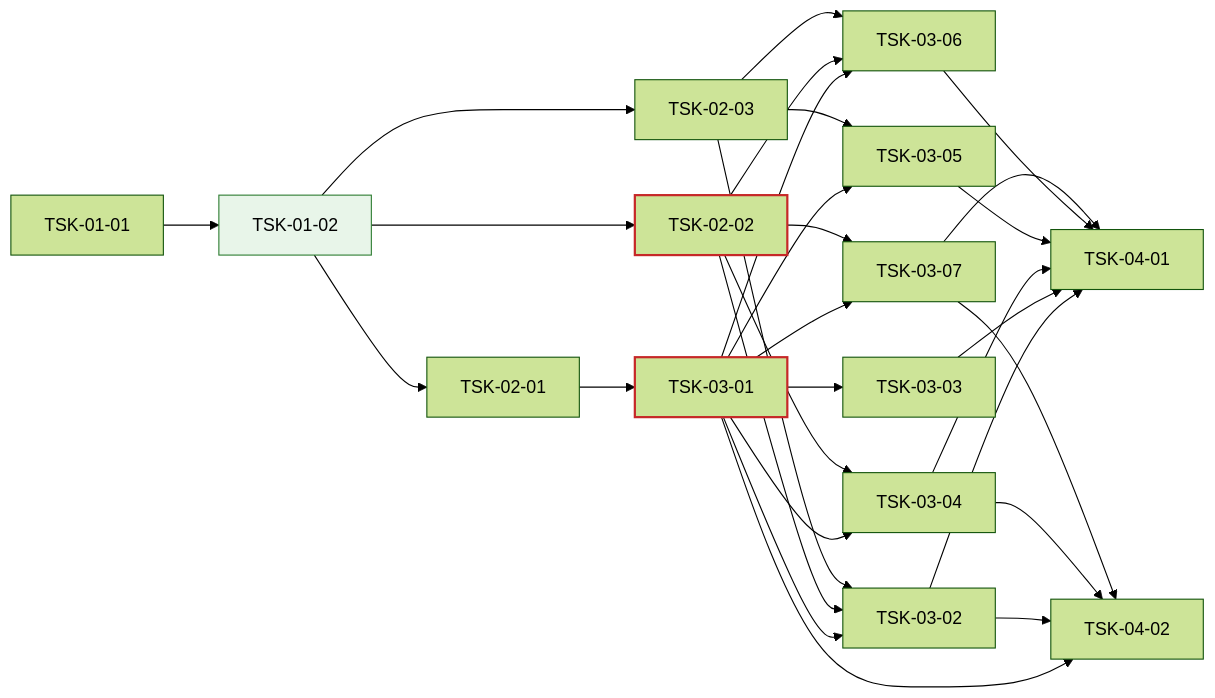
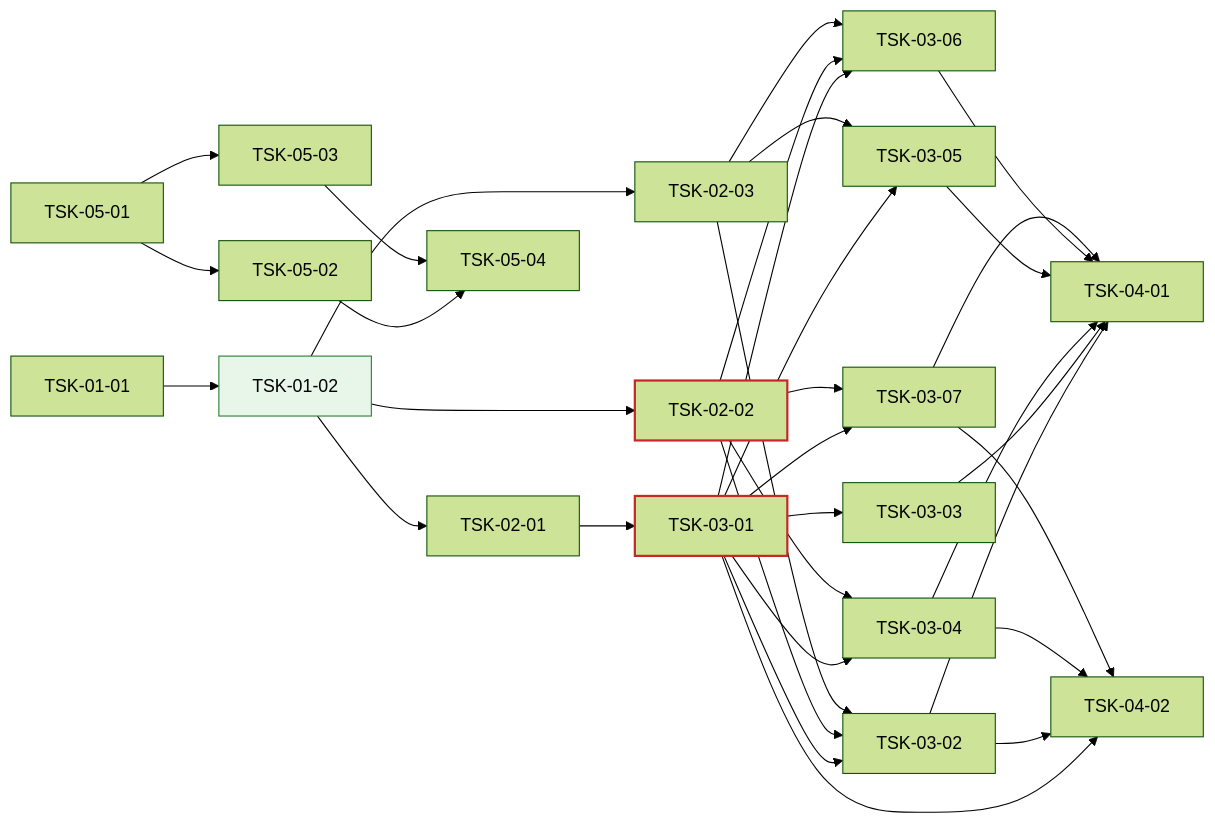
One commit to jongik-sv/oranda changed the diagram in docs/oranda1/wbs.md. Above: the diagram before and after it, drawn with Mermaid (forest theme). The commit also changed other lines of this file and 1 other file, not shown here.

````diff
--- a/docs/oranda1/wbs.md
+++ b/docs/oranda1/wbs.md
@@ -282,34 +328,38 @@
 ```mermaid
 graph LR
   TSK-01-01 --> TSK-01-02
   TSK-01-02 --> TSK-02-01
   TSK-01-02 --> TSK-02-02
   TSK-01-02 --> TSK-02-03
   TSK-02-01 --> TSK-03-01
   TSK-03-01 --> TSK-03-02
   TSK-02-02 --> TSK-03-02
   TSK-02-03 --> TSK-03-02
   TSK-03-01 --> TSK-03-03
   TSK-03-01 --> TSK-03-04
   TSK-02-02 --> TSK-03-04
   TSK-03-01 --> TSK-03-05
   TSK-02-03 --> TSK-03-05
   TSK-03-01 --> TSK-03-06
   TSK-02-02 --> TSK-03-06
   TSK-02-03 --> TSK-03-06
   TSK-03-01 --> TSK-03-07
   TSK-02-02 --> TSK-03-07
   TSK-03-02 --> TSK-04-01
   TSK-03-03 --> TSK-04-01
   TSK-03-04 --> TSK-04-01
   TSK-03-05 --> TSK-04-01
   TSK-03-06 --> TSK-04-01
   TSK-03-07 --> TSK-04-01
   TSK-03-01 --> TSK-04-02
   TSK-03-02 --> TSK-04-02
   TSK-03-04 --> TSK-04-02
   TSK-03-07 --> TSK-04-02
+  TSK-05-01 --> TSK-05-02
+  TSK-05-01 --> TSK-05-03
+  TSK-05-02 --> TSK-05-04
+  TSK-05-03 --> TSK-05-04
   style TSK-01-02 fill:#e8f5e9,stroke:#2e7d32
   style TSK-03-01 stroke:#c62828,stroke-width:2px
   style TSK-02-02 stroke:#c62828,stroke-width:2px
 ```
````
